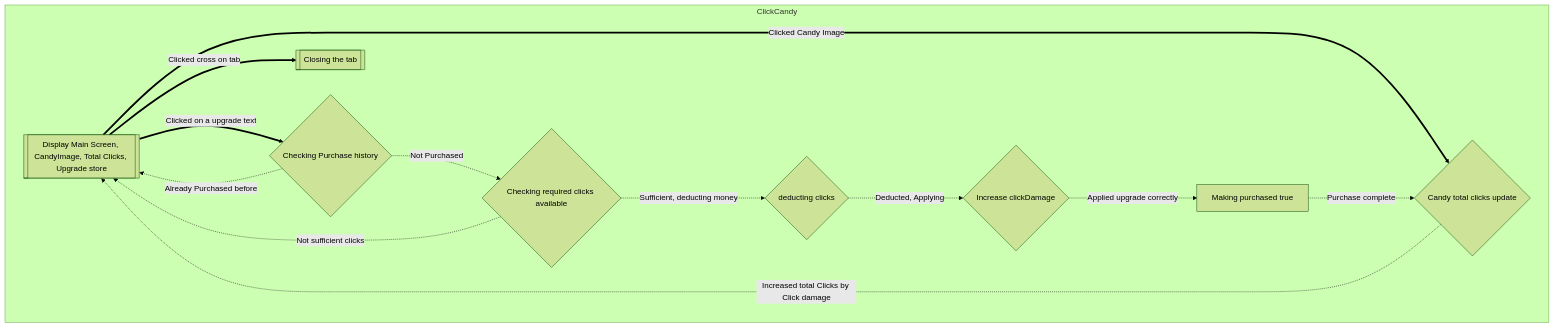
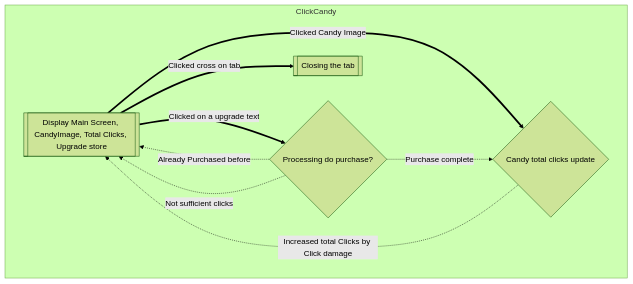
The diagram in flows.md (mahmudl-1/2452-Clicker), drawn with Mermaid (forest theme) before and after one commit. The commit also changed 1 other file, not shown here.

Commit message:
phase 1 domainflows 2nd sub

````diff
--- a/flows.md
+++ b/flows.md
@@ -8,28 +8,20 @@
 ```mermaid
 flowchart 
     subgraph ClickCandy 
         DisplayMain[[Display Main Screen, CandyImage, Total Clicks, Upgrade store]]
         
         UpdateDisplay{Candy total clicks update}
         DisplayMain==Clicked Candy Image==>UpdateDisplay
         UpdateDisplay-.Increased total Clicks by Click damage.->DisplayMain
         
-        checkPurchased{Checking Purchase history}
-        checkTotalClicks{Checking required clicks available}
-        DeductClicks{deducting clicks}
-        ApplyUpgrade{Increase clickDamage}
-        MarkPurchased[Making purchased true]
-        DisplayMain==Clicked on a upgrade text==>checkPurchased
-        checkPurchased-.Already Purchased before.->DisplayMain
-        checkPurchased-.Not Purchased.-> checkTotalClicks
-        checkTotalClicks-.Not sufficient clicks.->DisplayMain
-        checkTotalClicks-.Sufficient, deducting money.-> DeductClicks
-        DeductClicks-.Deducted, Applying.->ApplyUpgrade
-        ApplyUpgrade-.Applied upgrade correctly.->MarkPurchased
-        MarkPurchased-.Purchase complete.->UpdateDisplay
+        AttemptingPurchase{Processing do purchase?}
+        DisplayMain==Clicked on a upgrade text==>AttemptingPurchase
+        AttemptingPurchase-.Already Purchased before.->DisplayMain
+        AttemptingPurchase-.Not sufficient clicks.->DisplayMain
+        AttemptingPurchase-.Purchase complete.->UpdateDisplay
         
         
         DisplayMain==Clicked cross on tab==>End
         End[[Closing the tab]]
     end
 ```
````
